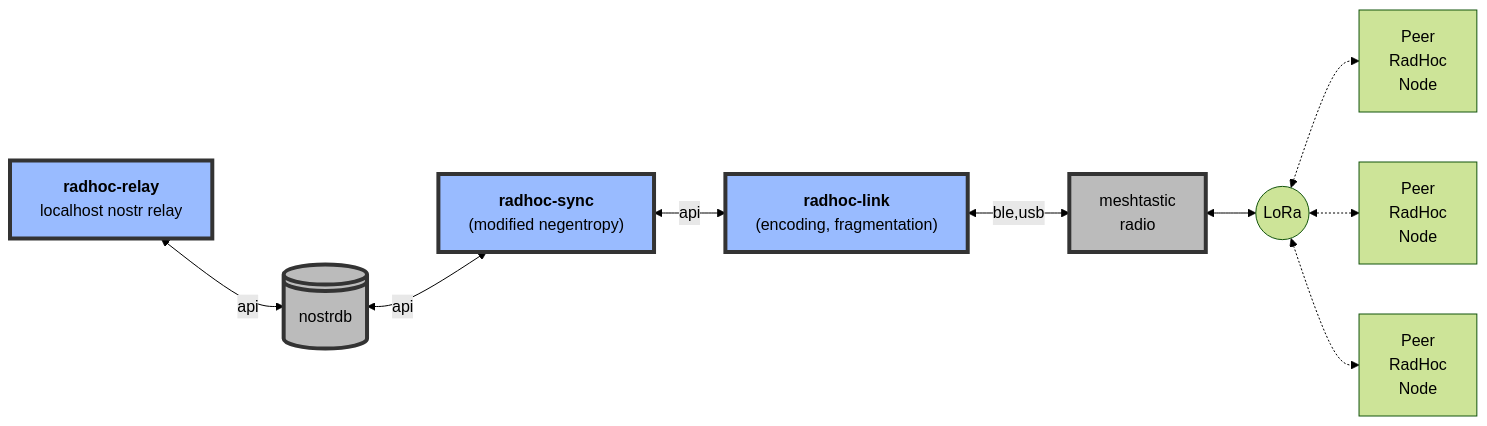
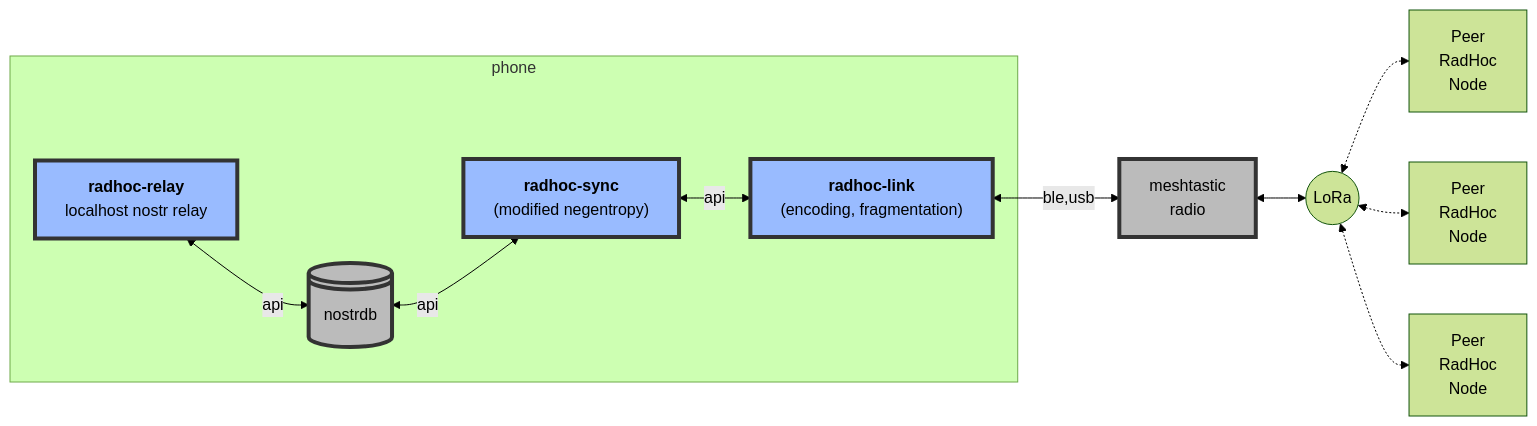
One commit to ksedgwic/noshtastic changed the diagram in README.md. Above: the diagram before and after it, drawn with Mermaid (forest theme).

Commit message:
phone subgraph

````diff
--- a/README.md
+++ b/README.md
@@ -3,43 +3,57 @@
 ```mermaid
 flowchart LR
    RELAY["`**radhoc-relay**
    localhost nostr relay`"]
    style RELAY fill:#9bf,stroke:#333,stroke-width:4px
+
    GHOST1[ ]
    style GHOST1 fill:none,stroke:none
+
    GHOST2[ ]
    style GHOST2 fill:none,stroke:none
+
    NOSTRDB@{ shape: lin-cyl, label: "nostrdb" }
    style NOSTRDB fill:#bbb,stroke:#333,stroke-width:4px
+
    SYNC["`**radhoc-sync**
    (modified negentropy)`"]
    style SYNC fill:#9bf,stroke:#333,stroke-width:4px
+
    LINK["`**radhoc-link**
    (encoding, fragmentation)`"]
    style LINK fill:#9bf,stroke:#333,stroke-width:4px
+
    MESH["`meshtastic
    radio`"]
    style MESH fill:#bbb,stroke:#333,stroke-width:4px
+
    LORA(("`LoRa`"))
+
    PEER0["`Peer
    RadHoc
    Node`"]
+
    PEER1["`Peer
    RadHoc
    Node`"]
+
    PEER2["`Peer
    RadHoc
    Node`"]
+
+   subgraph phone
    RELAY ~~~ GHOST1
    RELAY ~~~ GHOST2
    RELAY<-->|api|NOSTRDB
    GHOST1 ~~~ SYNC
    GHOST2 ~~~ SYNC
    NOSTRDB<-->|api|SYNC
    SYNC<-->|api|LINK
+   end
+
    LINK<-->|ble,usb|MESH
    MESH<-->LORA
    LORA<-.->PEER0
    LORA<-.->PEER1
    LORA<-.->PEER2
 ```
````
